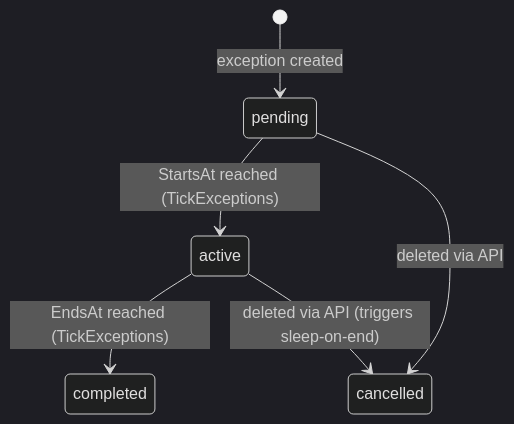
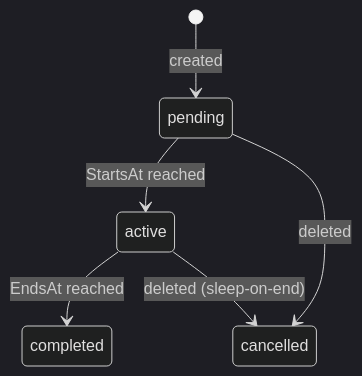
One commit to MacXsimilian/kube-phoenix changed the third of 3 diagrams in docs/backend-dev-guide.md. Above: the diagram before and after it, drawn with Mermaid (dark theme). The commit also changed other lines of this file, not shown here.

Commit message:
docs: shorten state diagram transition labels in backend dev guide
Trim long transition labels in PolicyExecution.Status and
ScheduledException.Status state diagrams to prevent text overflow
in GitHub Mermaid rendering.

````diff
--- a/docs/backend-dev-guide.md
+++ b/docs/backend-dev-guide.md
@@ -656,8 +656,8 @@
 ```mermaid
 stateDiagram-v2
-    [*] --> pending: exception created
-    pending --> active: StartsAt reached (TickExceptions)
-    active --> completed: EndsAt reached (TickExceptions)
-    pending --> cancelled: deleted via API
-    active --> cancelled: deleted via API (triggers sleep-on-end)
+    [*] --> pending: created
+    pending --> active: StartsAt reached
+    active --> completed: EndsAt reached
+    pending --> cancelled: deleted
+    active --> cancelled: deleted (sleep-on-end)
 ```
````
